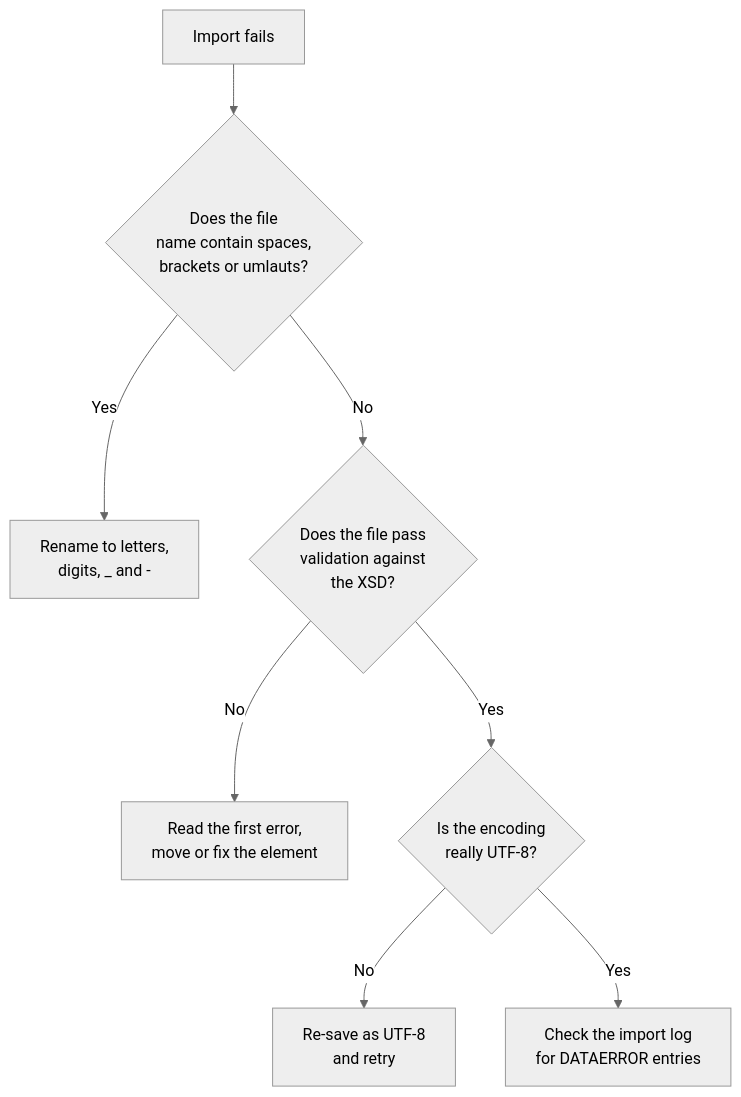
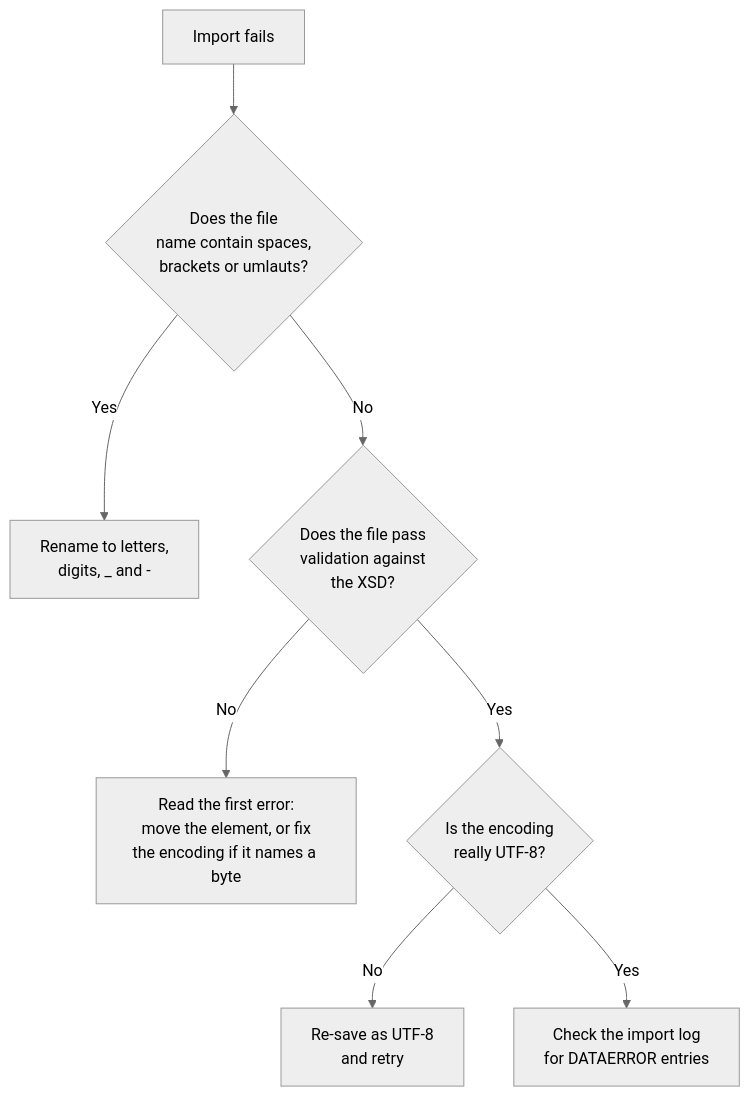
The diagram in src/content/posts/sfcc-import-export-file-quirks/index.md (taurgis/rhino-inquisitor-com), drawn with Mermaid (neutral theme) before and after one commit. The commit also changed other lines of this file and 55 other files, not shown here.

````diff
--- a/src/content/posts/sfcc-import-export-file-quirks/index.md
+++ b/src/content/posts/sfcc-import-export-file-quirks/index.md
@@ -140,10 +140,10 @@
 ```mermaid
 flowchart TD
     A["Import fails"] --> B{"Does the file\nname contain spaces,\nbrackets or umlauts?"}
     B -- "Yes" --> C["Rename to letters,\ndigits, _ and -"]
     B -- "No" --> D{"Does the file pass\nvalidation against\nthe XSD?"}
-    D -- "No" --> E["Read the first error,\nmove or fix the element"]
+    D -- "No" --> E["Read the first error:\nmove the element, or fix\nthe encoding if it names a byte"]
     D -- "Yes" --> F{"Is the encoding\nreally UTF-8?"}
     F -- "No" --> G["Re-save as UTF-8\nand retry"]
     F -- "Yes" --> H["Check the import log\nfor DATAERROR entries"]
 ```
````
